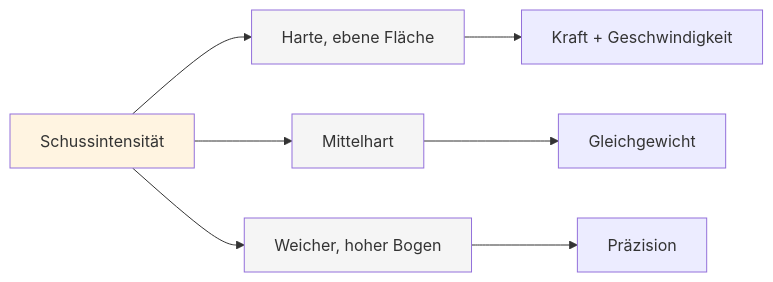
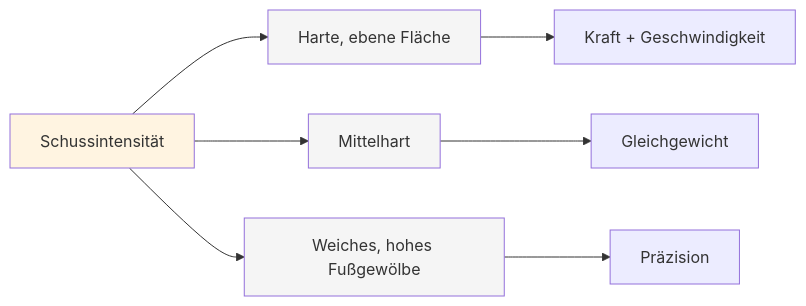
The fifth of 6 diagrams in docs/de/technical/throws.md (patwii/petanque-academy), drawn with Mermaid before and after one commit. The commit also changed other lines of this file and 32 other files, not shown here.

````diff
--- a/docs/de/technical/throws.md
+++ b/docs/de/technical/throws.md
@@ -104,15 +104,15 @@
 ```mermaid
 graph LR
     A[Schussintensität] --> B[Harte, ebene Fläche]
     A --> C[Mittelhart]
-    A --> D[Weicher, hoher Bogen]
+    A --> D[Weiches, hohes Fußgewölbe]
 
     B --> E[Kraft + Geschwindigkeit]
     C --> F[Gleichgewicht]
     D --> G[Präzision]
 
     style A fill:#fff4e1
     style B fill:#f5f5f5
     style C fill:#f5f5f5
     style D fill:#f5f5f5
 ```
````
